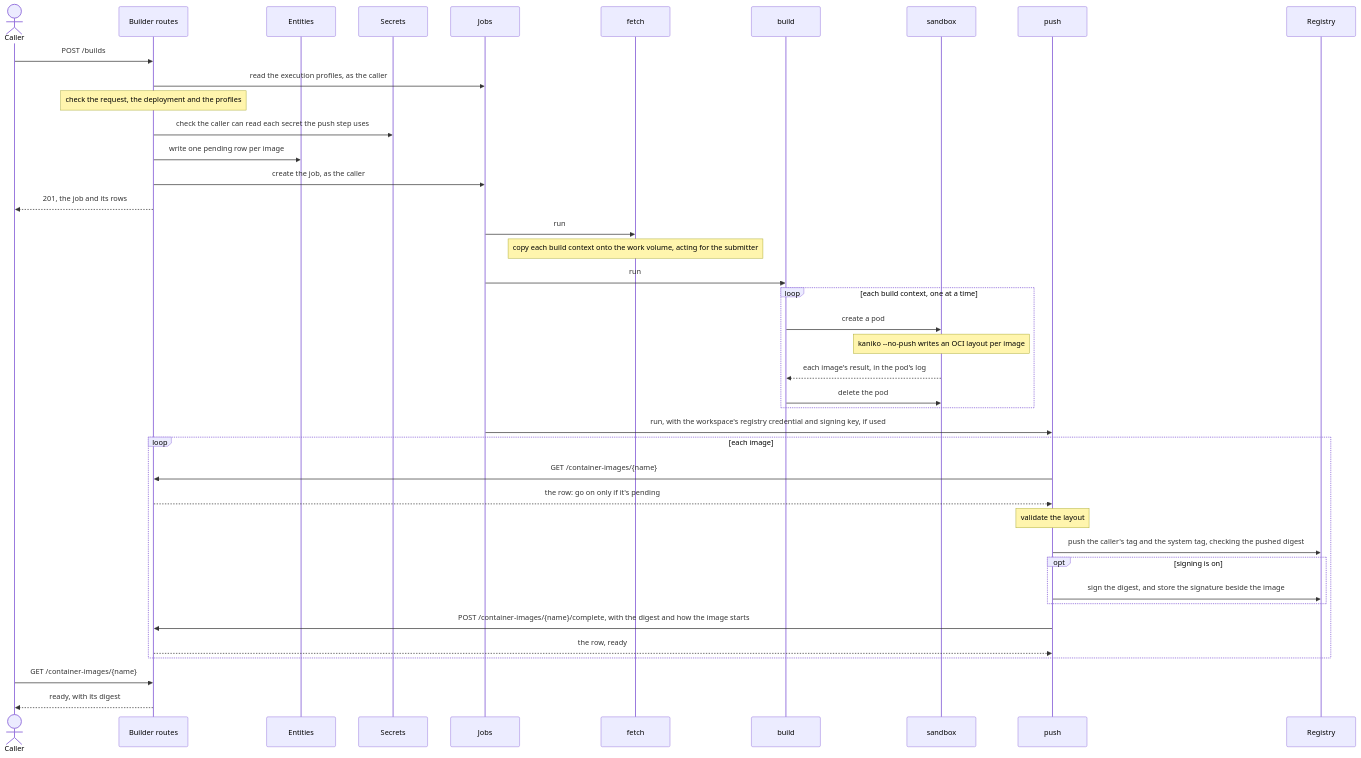
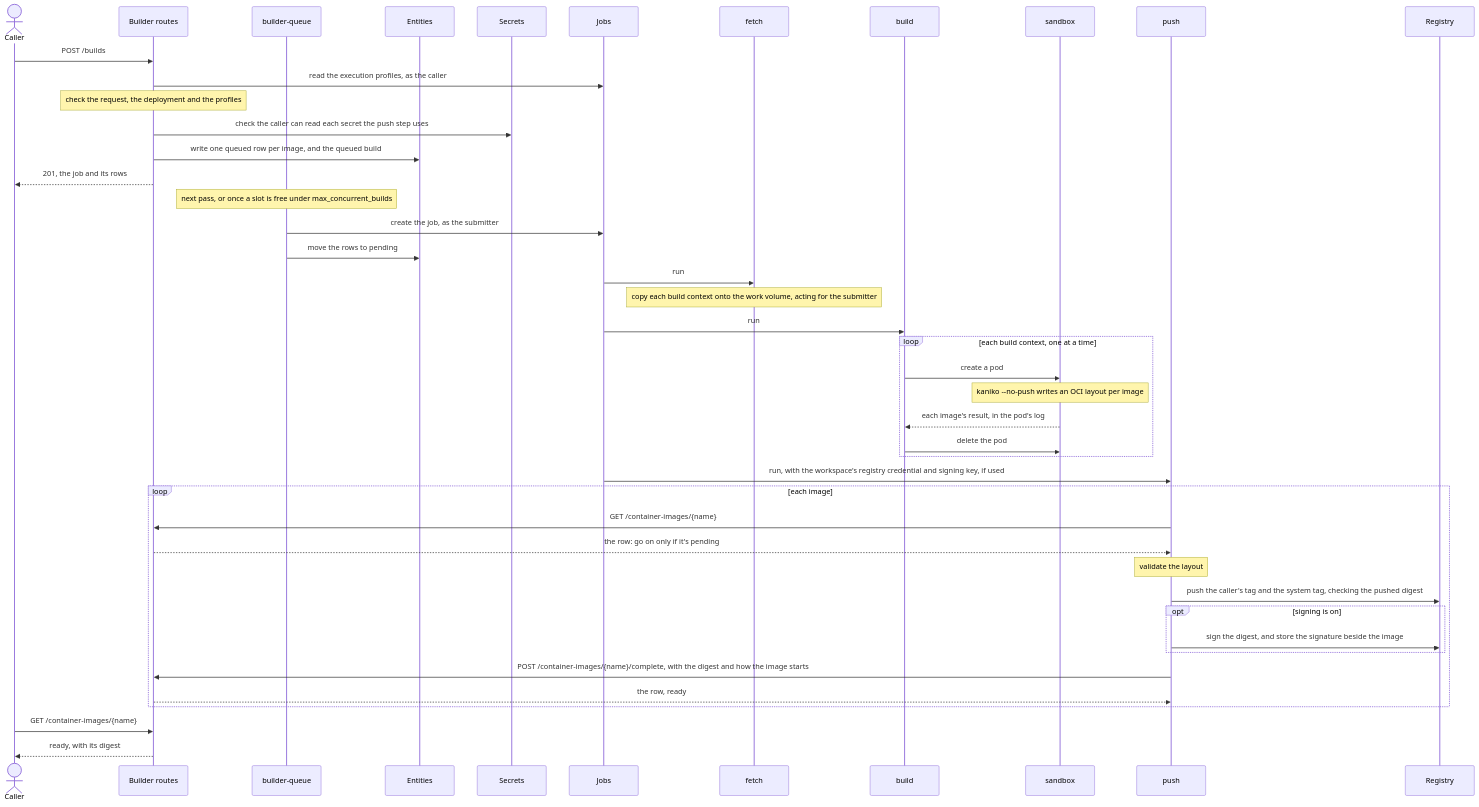
One commit to NVIDIA-NeMo/nemo-helix changed the second of 2 diagrams in plugins/nemo-builder/README.md. Above: the diagram before and after it, drawn with Mermaid. The commit also changed other lines of this file and 8 other files, not shown here.

First line of the commit message:
fix(builder): queue every build, instead of sweeping the rows the queue misses

````diff
--- a/plugins/nemo-builder/README.md
+++ b/plugins/nemo-builder/README.md
@@ -457,44 +458,47 @@
 ```mermaid
 sequenceDiagram
     actor Caller
     participant API as Builder routes
+    participant Queue as builder-queue
     participant Entities
     participant Secrets
     participant Jobs
     participant Fetch as fetch
     participant Build as build
     participant Sandbox as sandbox
     participant Push as push
     participant Registry
 
     Caller->>API: POST /builds
     API->>Jobs: read the execution profiles, as the caller
     Note over API: check the request, the deployment and the profiles
     API->>Secrets: check the caller can read each secret the push step uses
-    API->>Entities: write one pending row per image
-    API->>Jobs: create the job, as the caller
+    API->>Entities: write one queued row per image, and the queued build
     API-->>Caller: 201, the job and its rows
+    Note over Queue: next pass, or once a slot is free under max_concurrent_builds
+    Queue->>Jobs: create the job, as the submitter
+    Queue->>Entities: move the rows to pending
     Jobs->>Fetch: run
     Note over Fetch: copy each build context onto the work volume, acting for the submitter
     Jobs->>Build: run
     loop each build context, one at a time
         Build->>Sandbox: create a pod
         Note over Sandbox: kaniko --no-push writes an OCI layout per image
         Sandbox-->>Build: each image's result, in the pod's log
         Build->>Sandbox: delete the pod
     end
     Jobs->>Push: run, with the workspace's registry credential and signing key, if used
     loop each image
         Push->>API: GET /container-images/{name}
         API-->>Push: the row: go on only if it's pending
         Note over Push: validate the layout
         Push->>Registry: push the caller's tag and the system tag, checking the pushed digest
         opt signing is on
             Push->>Registry: sign the digest, and store the signature beside the image
         end
         Push->>API: POST /container-images/{name}/complete, with the digest and how the image starts
         API-->>Push: the row, ready
     end
     Caller->>API: GET /container-images/{name}
     API-->>Caller: ready, with its digest
 ```
````
